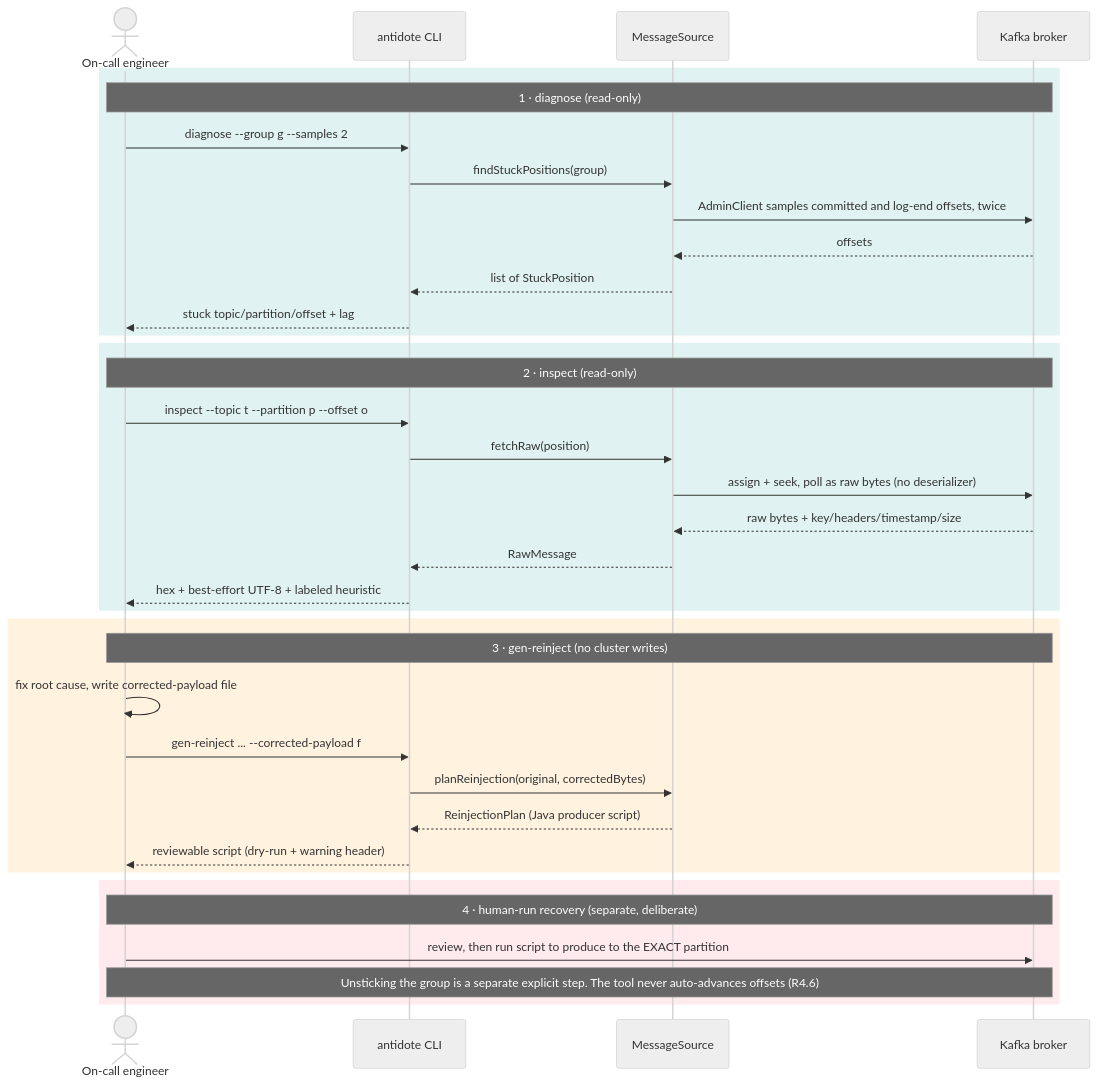
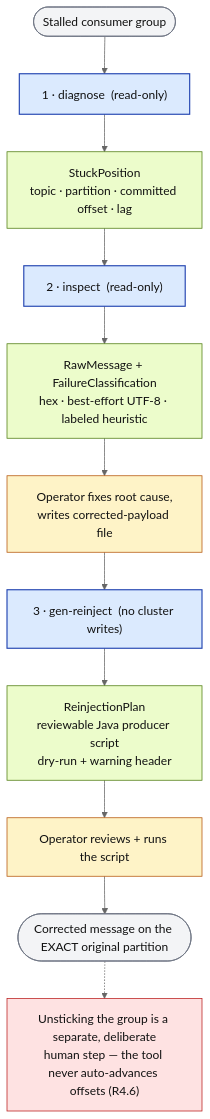
Before and after one commit to asutosh936/kafka-antidote: the second of 2 diagrams in README.md, drawn with Mermaid (neutral theme). The commit also changed other lines of this file and 13 other files, not shown here.

````diff
--- a/README.md
+++ b/README.md
@@ -68,42 +71,26 @@
 ```mermaid
-sequenceDiagram
-    actor Eng as On-call engineer
-    participant CLI as antidote CLI
-    participant MS as MessageSource
-    participant K as Kafka broker
+flowchart TD
+    A(["Stalled consumer group"]) --> S1
 
-    rect rgb(224,242,241)
-    Note over Eng,K: 1 · diagnose (read-only)
-    Eng->>CLI: diagnose --group g --samples 2
-    CLI->>MS: findStuckPositions(group)
-    MS->>K: AdminClient samples committed and log-end offsets, twice
-    K-->>MS: offsets
-    MS-->>CLI: list of StuckPosition
-    CLI-->>Eng: stuck topic/partition/offset + lag
-    end
+    S1["1 · diagnose &nbsp;(read-only)"] --> D1["StuckPosition<br/>topic · partition · committed offset · lag"]
+    D1 --> S2["2 · inspect &nbsp;(read-only)"]
+    S2 --> D2["RawMessage + FailureClassification<br/>hex · best-effort UTF-8 · labeled heuristic"]
+    D2 --> H1["Operator fixes root cause,<br/>writes corrected-payload file"]
+    H1 --> S3["3 · gen-reinject &nbsp;(no cluster writes)"]
+    S3 --> D3["ReinjectionPlan<br/>reviewable Java producer script<br/>dry-run + warning header"]
+    D3 --> H2["Operator reviews + runs the script"]
+    H2 --> R(["Corrected message on the EXACT original partition"])
 
-    rect rgb(224,242,241)
-    Note over Eng,K: 2 · inspect (read-only)
-    Eng->>CLI: inspect --topic t --partition p --offset o
-    CLI->>MS: fetchRaw(position)
-    MS->>K: assign + seek, poll as raw bytes (no deserializer)
-    K-->>MS: raw bytes + key/headers/timestamp/size
-    MS-->>CLI: RawMessage
-    CLI-->>Eng: hex + best-effort UTF-8 + labeled heuristic
-    end
+    R -.-> N["Unsticking the group is a separate, deliberate<br/>human step — the tool never auto-advances offsets (R4.6)"]
 
-    rect rgb(255,243,224)
-    Note over Eng,K: 3 · gen-reinject (no cluster writes)
-    Eng->>Eng: fix root cause, write corrected-payload file
-    Eng->>CLI: gen-reinject ... --corrected-payload f
-    CLI->>MS: planReinjection(original, correctedBytes)
-    MS-->>CLI: ReinjectionPlan (Java producer script)
-    CLI-->>Eng: reviewable script (dry-run + warning header)
-    end
-
-    rect rgb(255,235,238)
-    Note over Eng,K: 4 · human-run recovery (separate, deliberate)
-    Eng->>K: review, then run script to produce to the EXACT partition
-    Note over Eng,K: Unsticking the group is a separate explicit step. The tool never auto-advances offsets (R4.6)
-    end
+    classDef tool fill:#dbeafe,stroke:#1e40af,color:#111,stroke-width:1.5px;
+    classDef data fill:#ecfccb,stroke:#4d7c0f,color:#111;
+    classDef human fill:#fef3c7,stroke:#b45309,color:#111;
+    classDef term fill:#f3f4f6,stroke:#6b7280,color:#111;
+    classDef note fill:#fee2e2,stroke:#b91c1c,color:#111;
+    class S1,S2,S3 tool;
+    class D1,D2,D3 data;
+    class H1,H2 human;
+    class A,R term;
+    class N note;
 ```
````
